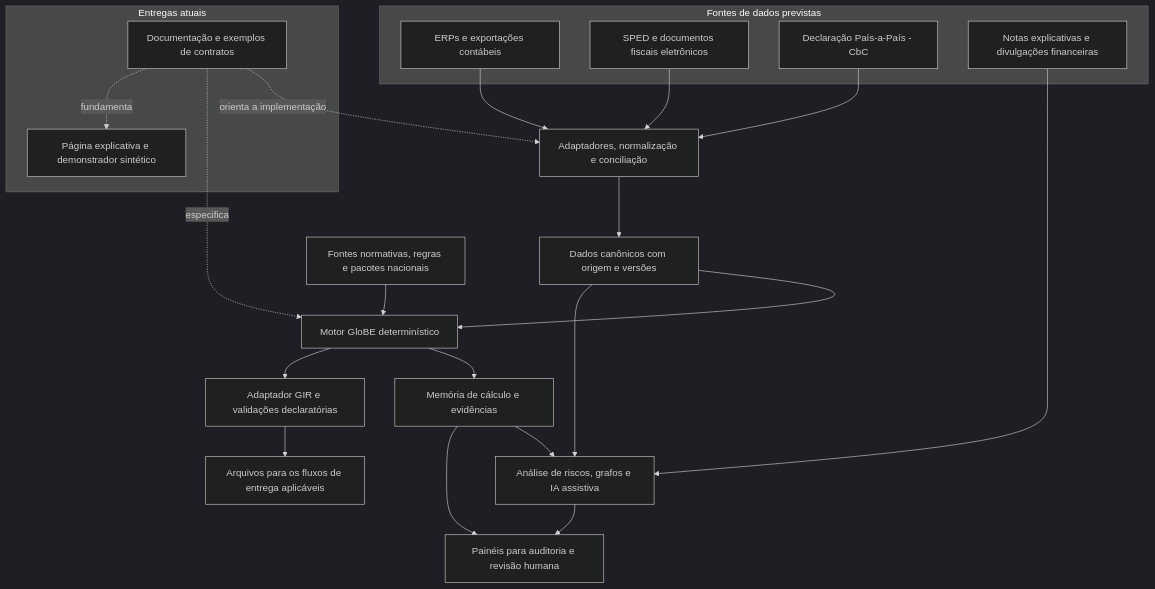
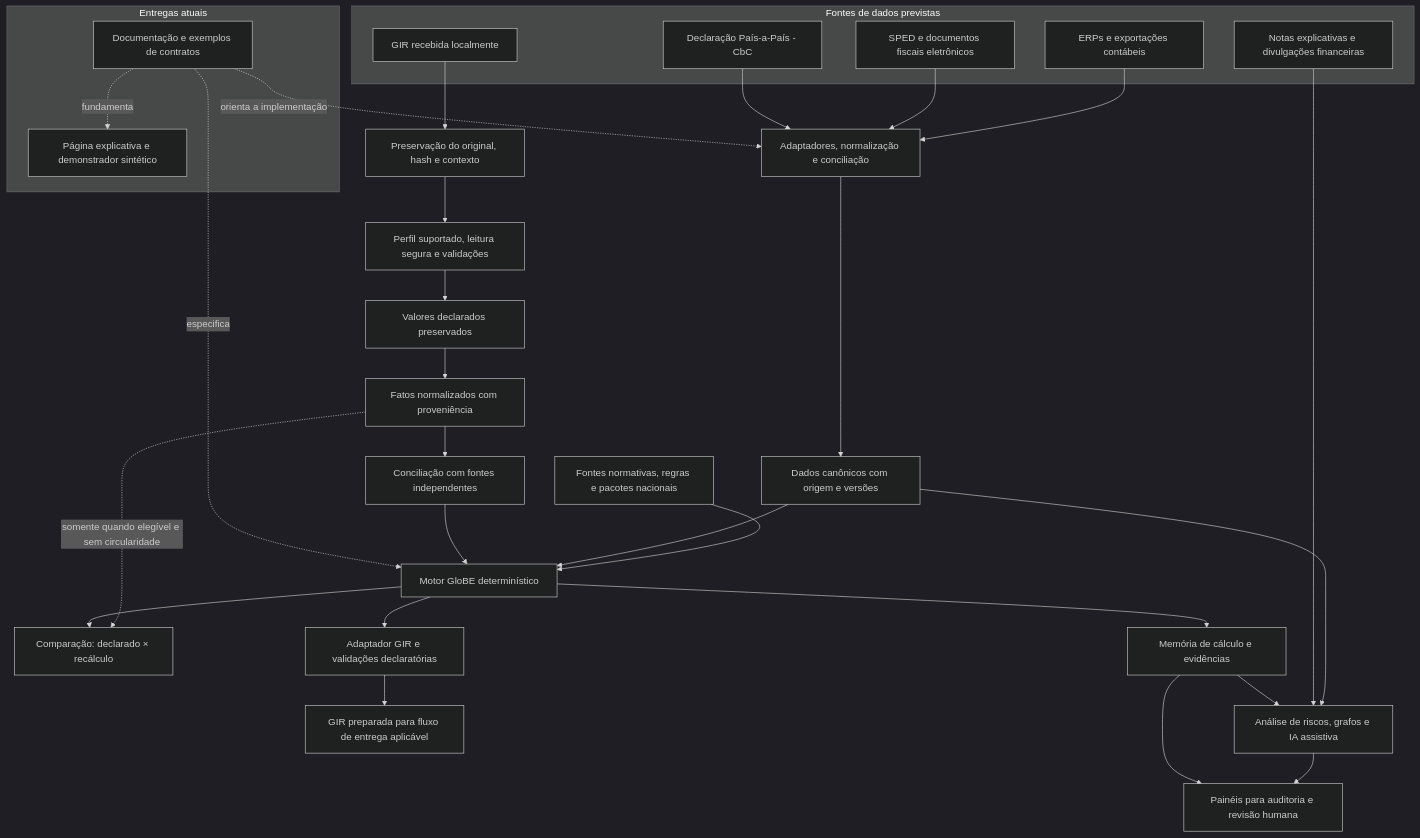
The diagram in README.md (amarallr/oecd_p2), drawn with Mermaid (dark theme) before and after one commit. The commit also changed other lines of this file and 37 other files, not shown here.

````diff
--- a/README.md
+++ b/README.md
@@ -58,30 +58,39 @@
 ```mermaid
 flowchart TD
   subgraph Entradas[Fontes de dados previstas]
     ERP[ERPs e exportações contábeis]
     SPED[SPED e documentos fiscais eletrônicos]
     CBC[Declaração País-a-País - CbC]
     DOC[Notas explicativas e divulgações financeiras]
+    GIRIN[GIR recebida localmente]
   end
   ERP --> DADOS[Adaptadores, normalização e conciliação]
   SPED --> DADOS
   CBC --> DADOS
   DADOS --> BASE[Dados canônicos com origem e versões]
+  GIRIN --> PRESERVA[Preservação do original, hash e contexto]
+  PRESERVA --> INGESTAO[Perfil suportado, leitura segura e validações]
+  INGESTAO --> DECL[Valores declarados preservados]
+  DECL --> NORM[Fatos normalizados com proveniência]
+  NORM --> CRUZ[Conciliação com fontes independentes]
   REGRAS[Fontes normativas, regras e pacotes nacionais] --> MOTOR[Motor GloBE determinístico]
   BASE --> MOTOR
+  CRUZ --> MOTOR
+  NORM -. somente quando elegível e sem circularidade .-> COMP[Comparação: declarado × recálculo]
+  MOTOR --> COMP
   MOTOR --> MEM[Memória de cálculo e evidências]
   MOTOR --> GIR[Adaptador GIR e validações declaratórias]
+  GIR --> SAIDA[GIR preparada para fluxo de entrega aplicável]
   BASE --> RISCO[Análise de riscos, grafos e IA assistiva]
   DOC --> RISCO
   MEM --> RISCO
   RISCO --> PAINEL[Painéis para auditoria e revisão humana]
   MEM --> PAINEL
-  GIR --> SAIDA[Arquivos para os fluxos de entrega aplicáveis]
   subgraph Atual[Entregas atuais]
     CONCEPCAO[Documentação e exemplos de contratos]
     SITE[Página explicativa e demonstrador sintético]
   end
   CONCEPCAO -. orienta a implementação .-> DADOS
   CONCEPCAO -. especifica .-> MOTOR
   CONCEPCAO -. fundamenta .-> SITE
 ```
````
